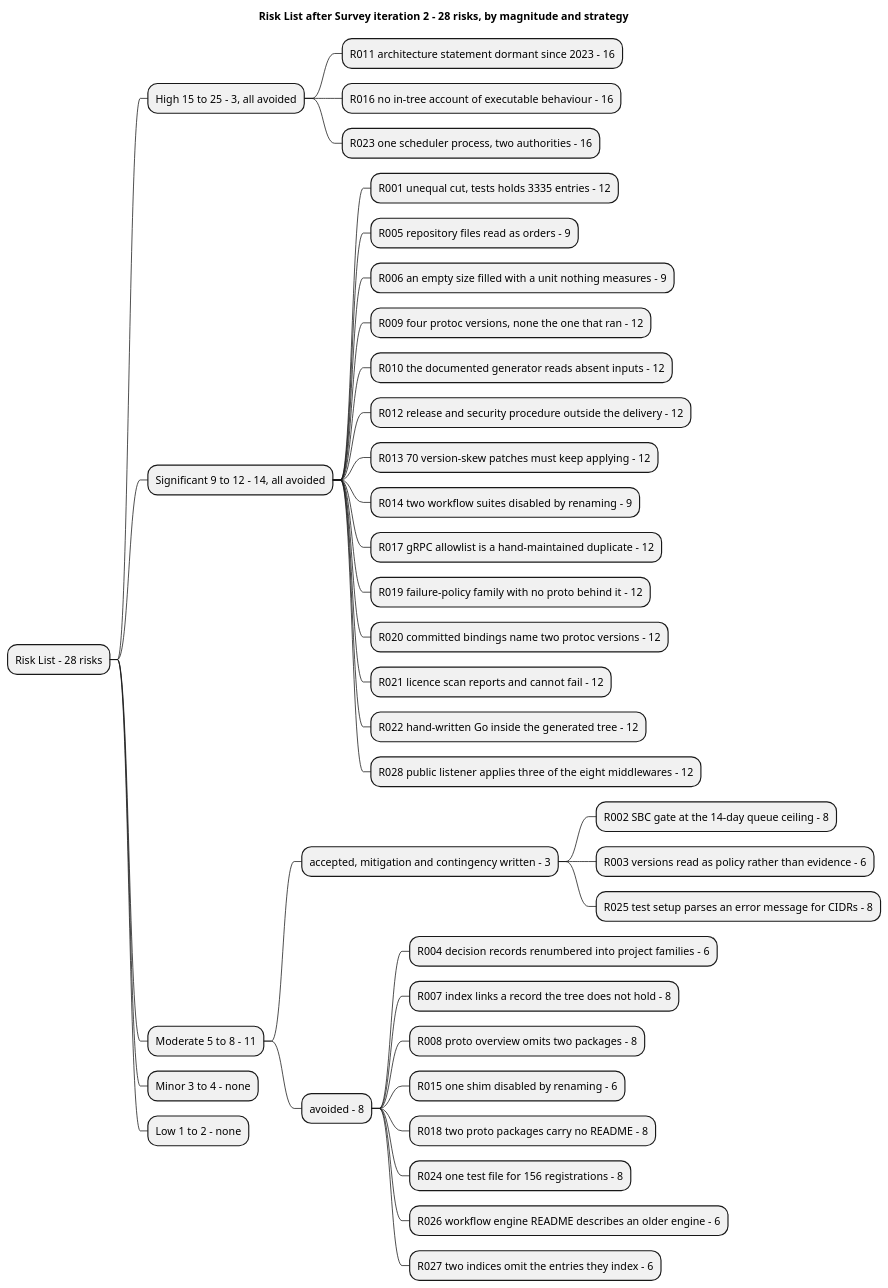
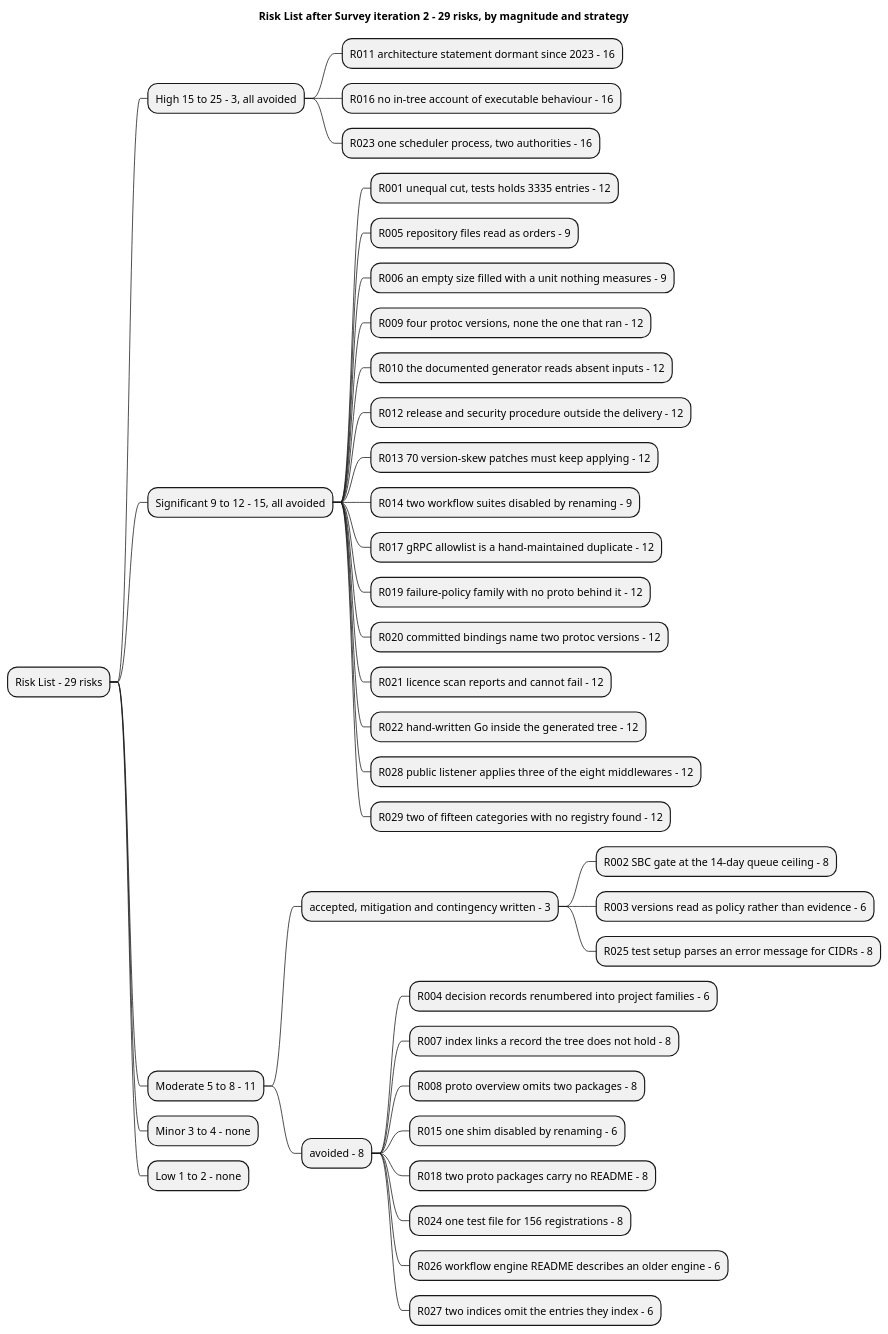
One commit to banense-test/dapr changed the second of 2 diagrams in docs/artifacts/project-management/risk-list.md. Above: the diagram before and after it, drawn with PlantUML. The commit also changed other lines of this file, not shown here.

First line of the commit message:
Project Manager [Survey2]: upsert Risk List

````diff
--- a/docs/artifacts/project-management/risk-list.md
+++ b/docs/artifacts/project-management/risk-list.md
@@ -119,41 +121,42 @@
 ```plantuml
 @startmindmap
-title Risk List after Survey iteration 2 - 28 risks, by magnitude and strategy
-* Risk List - 28 risks
+title Risk List after Survey iteration 2 - 29 risks, by magnitude and strategy
+* Risk List - 29 risks
 ** High 15 to 25 - 3, all avoided
 *** R011 architecture statement dormant since 2023 - 16
 *** R016 no in-tree account of executable behaviour - 16
 *** R023 one scheduler process, two authorities - 16
-** Significant 9 to 12 - 14, all avoided
+** Significant 9 to 12 - 15, all avoided
 *** R001 unequal cut, tests holds 3335 entries - 12
 *** R005 repository files read as orders - 9
 *** R006 an empty size filled with a unit nothing measures - 9
 *** R009 four protoc versions, none the one that ran - 12
 *** R010 the documented generator reads absent inputs - 12
 *** R012 release and security procedure outside the delivery - 12
 *** R013 70 version-skew patches must keep applying - 12
 *** R014 two workflow suites disabled by renaming - 9
 *** R017 gRPC allowlist is a hand-maintained duplicate - 12
 *** R019 failure-policy family with no proto behind it - 12
 *** R020 committed bindings name two protoc versions - 12
 *** R021 licence scan reports and cannot fail - 12
 *** R022 hand-written Go inside the generated tree - 12
 *** R028 public listener applies three of the eight middlewares - 12
+*** R029 two of fifteen categories with no registry found - 12
 ** Moderate 5 to 8 - 11
 *** accepted, mitigation and contingency written - 3
 **** R002 SBC gate at the 14-day queue ceiling - 8
 **** R003 versions read as policy rather than evidence - 6
 **** R025 test setup parses an error message for CIDRs - 8
 *** avoided - 8
 **** R004 decision records renumbered into project families - 6
 **** R007 index links a record the tree does not hold - 8
 **** R008 proto overview omits two packages - 8
 **** R015 one shim disabled by renaming - 6
 **** R018 two proto packages carry no README - 8
 **** R024 one test file for 156 registrations - 8
 **** R026 workflow engine README describes an older engine - 6
 **** R027 two indices omit the entries they index - 6
 ** Minor 3 to 4 - none
 ** Low 1 to 2 - none
 @endmindmap
 ```
````
